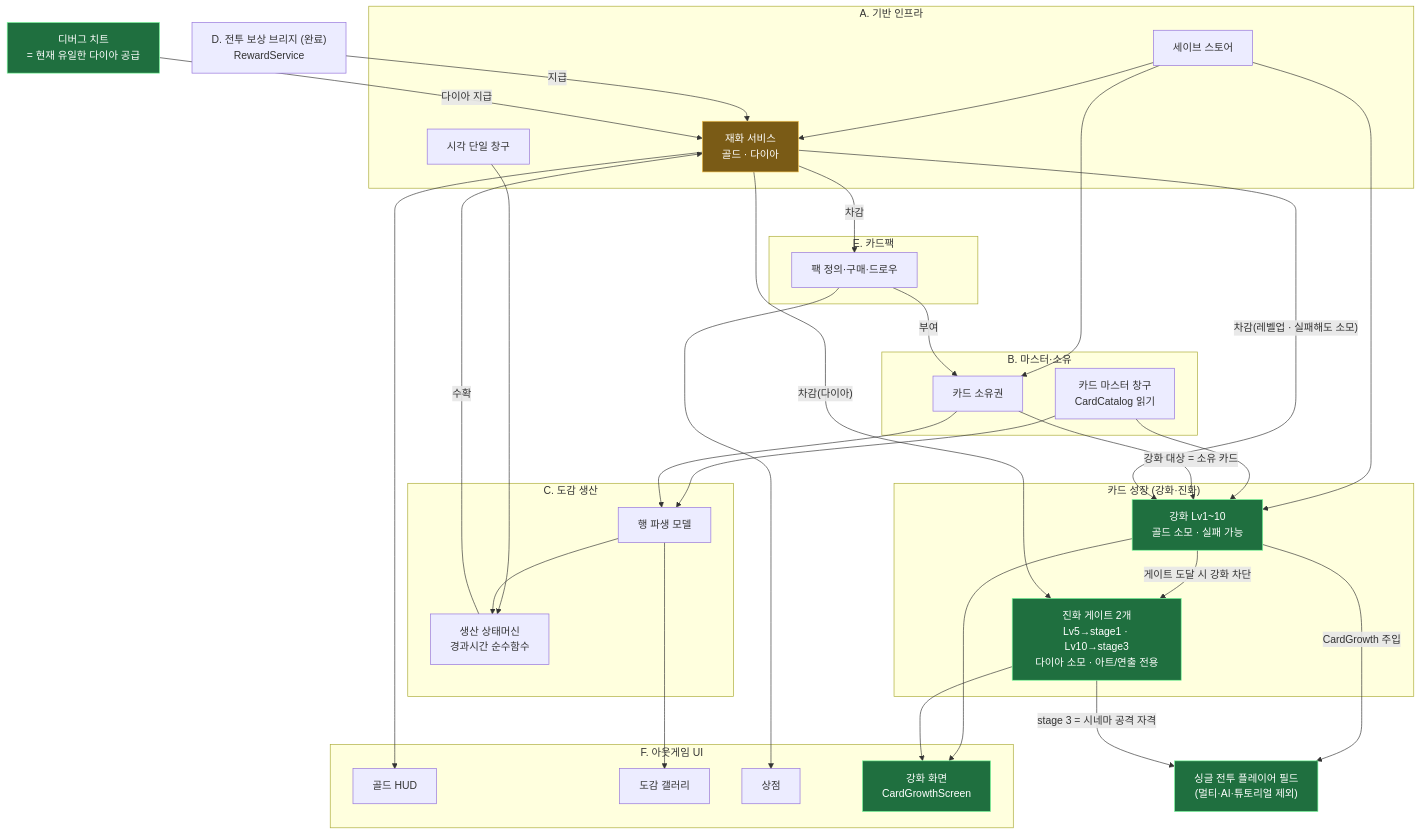
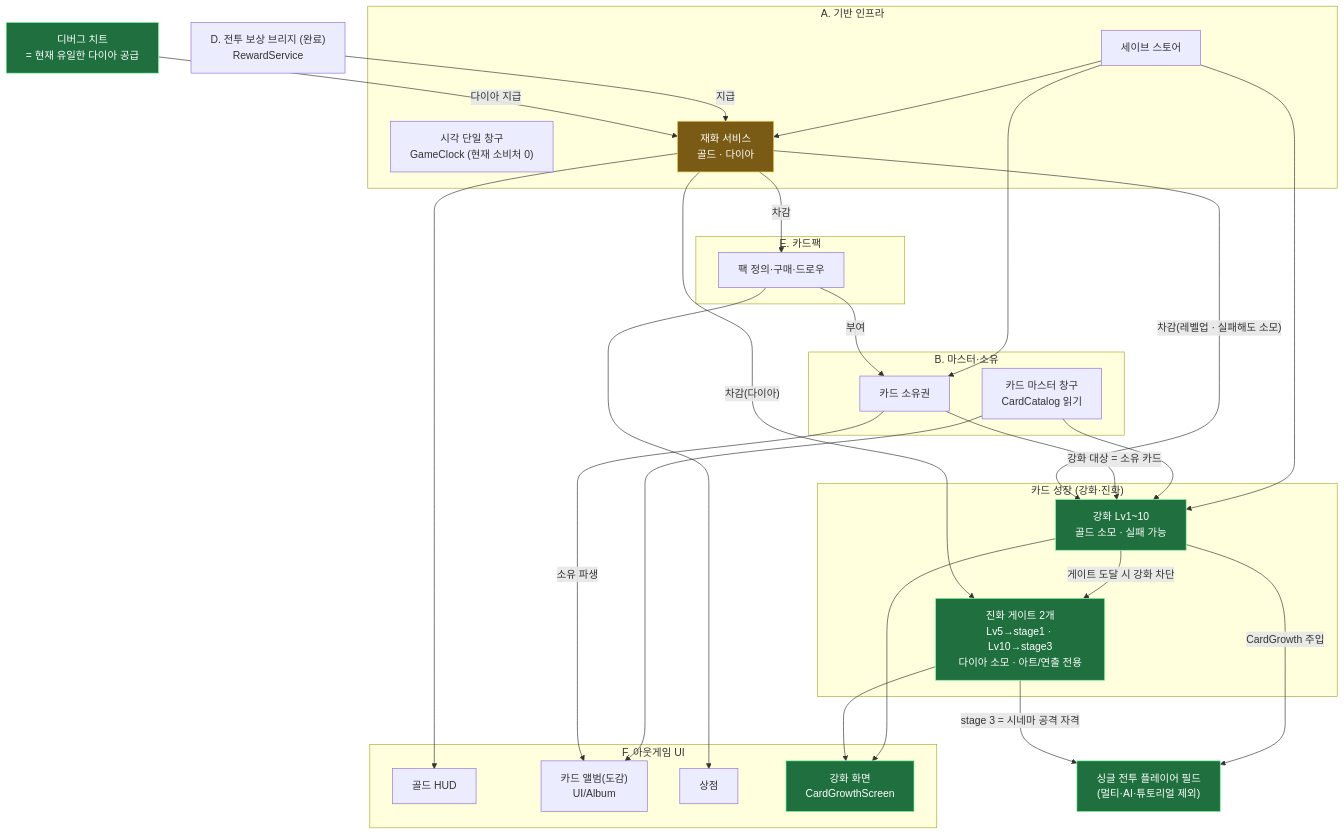
Before and after one commit to hspark-maker/TeamfightTCG_Migriation: the first of 22 diagrams in docs/OutGamePlan/STRUCTURE.md, drawn with Mermaid. The commit also changed other lines of this file and 86 other files, not shown here.

````diff
--- a/docs/OutGamePlan/STRUCTURE.md
+++ b/docs/OutGamePlan/STRUCTURE.md
@@ -10,61 +10,53 @@
 ```mermaid
 flowchart TD
     subgraph GRP_A["A. 기반 인프라"]
         SAVE["세이브 스토어"]
-        TIME["시각 단일 창구"]
+        TIME["시각 단일 창구<br/>GameClock (현재 소비처 0)"]
         GOLD["재화 서비스<br/>골드 · 다이아"]:::chg
     end
     subgraph GRP_B["B. 마스터·소유"]
         CAT["카드 마스터 창구<br/>CardCatalog 읽기"]
         OWN["카드 소유권"]
-    end
-    subgraph GRP_C["C. 도감 생산"]
-        ROW["행 파생 모델"]
-        PROD["생산 상태머신<br/>경과시간 순수함수"]
     end
     D["D. 전투 보상 브리지 (완료)<br/>RewardService"]
     subgraph GRP_E["E. 카드팩"]
         PACK["팩 정의·구매·드로우"]
     end
     subgraph GRP_GROW["카드 성장 (강화·진화)"]
         GRW["강화 Lv1~10<br/>골드 소모 · 실패 가능"]:::new
         EVO["진화 게이트 2개<br/>Lv5→stage1 · Lv10→stage3<br/>다이아 소모 · 아트/연출 전용"]:::new
     end
     subgraph GRP_F["F. 아웃게임 UI"]
         HUD["골드 HUD"]
-        GAL["도감 갤러리"]
+        GAL["카드 앨범(도감)<br/>UI/Album"]
         SHOP["상점"]
         GRWUI["강화 화면<br/>CardGrowthScreen"]:::new
     end
     BTL["싱글 전투 플레이어 필드<br/>(멀티·AI·튜토리얼 제외)"]:::new
     DBG["디버그 치트<br/>= 현재 유일한 다이아 공급"]:::new
 
     SAVE --> GOLD
     SAVE --> OWN
-    TIME --> PROD
-    CAT --> ROW
-    OWN --> ROW
-    ROW --> PROD
-    PROD -->|수확| GOLD
     D -->|지급| GOLD
     GOLD -->|차감| PACK
     PACK -->|부여| OWN
     GOLD --> HUD
-    ROW --> GAL
+    CAT --> GAL
+    OWN -->|"소유 파생"| GAL
     PACK --> SHOP
 
     SAVE --> GRW
     CAT --> GRW
     OWN -->|"강화 대상 = 소유 카드"| GRW
     GOLD -->|"차감(레벨업 · 실패해도 소모)"| GRW
     GRW -->|"게이트 도달 시 강화 차단"| EVO
     GOLD -->|"차감(다이아)"| EVO
     DBG -->|"다이아 지급"| GOLD
     GRW -->|"CardGrowth 주입"| BTL
     EVO -->|"stage 3 = 시네마 공격 자격"| BTL
     GRW --> GRWUI
     EVO --> GRWUI
 
     classDef new fill:#1f6f3f,stroke:#7CFC9E,color:#fff;
     classDef chg fill:#7a5b16,stroke:#f2c14e,color:#fff;
 ```
````
